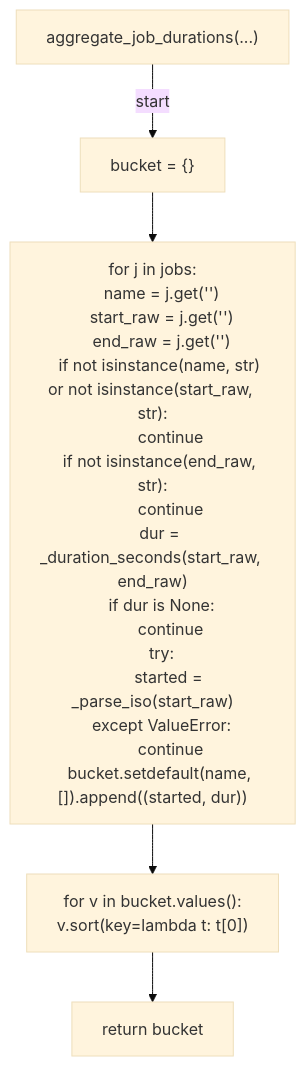
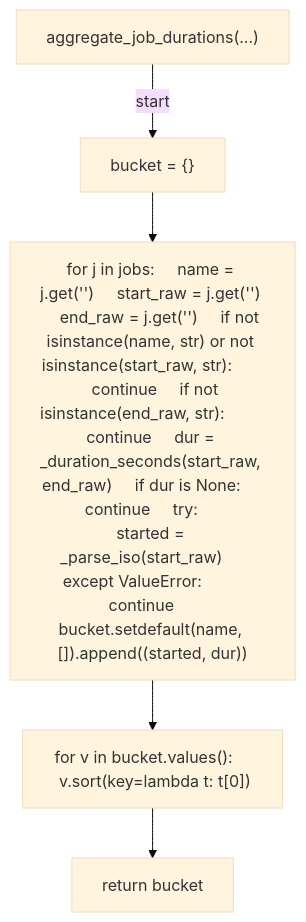
One commit to tvna/claude-md changed the eighth of 25 diagrams in docs/generated/scripts/ast/analyze_ci_timings.md. Above: the diagram before and after it, drawn with Mermaid (base theme). The commit also changed other lines of this file and 20 other files, not shown here.

First line of the commit message:
docs(generated): regenerate decision tree and workflow diagrams (batch 1/5)

````diff
--- a/docs/generated/scripts/ast/analyze_ci_timings.md
+++ b/docs/generated/scripts/ast/analyze_ci_timings.md
@@ -173,28 +144,12 @@
 ```mermaid
 flowchart TD
     N001["aggregate_job_durations(...)"]
     N002["bucket = {}"]
-    N003["for j in jobs:
-    name = j.get('<str>')
-    start_raw = j.get('<str>')
-    end_raw = j.get('<str>')
-    if not isinstance(name, str) or not isinstance(start_raw, str):
-        continue
-    if not isinstance(end_raw, str):
-        continue
-    dur = _duration_seconds(start_raw, end_raw)
-    if dur is None:
-        continue
-    try:
-        started = _parse_iso(start_raw)
-    except ValueError:
-        continue
-    bucket.setdefault(name, []).append((started, dur))"]
-    N004["for v in bucket.values():
-    v.sort(key=lambda t: t[0])"]
+    N003["for j in jobs:     name = j.get('<str>')     start_raw = j.get('<str>')     end_raw = j.get('<str>')     if not isinstance(name, str) or not isinstance(start_raw, str):         continue     if not isinstance(end_raw, str):         continue     dur = _duration_seconds(start_raw, end_raw)     if dur is None:         continue     try:         started = _parse_iso(start_raw)     except ValueError:         continue     bucket.setdefault(name, []).append((started, dur))"]
+    N004["for v in bucket.values():     v.sort(key=lambda t: t[0])"]
     N005["return bucket"]
     N001 -->|"start"| N002
     N002 --> N003
     N003 --> N004
     N004 --> N005
 ```
````
